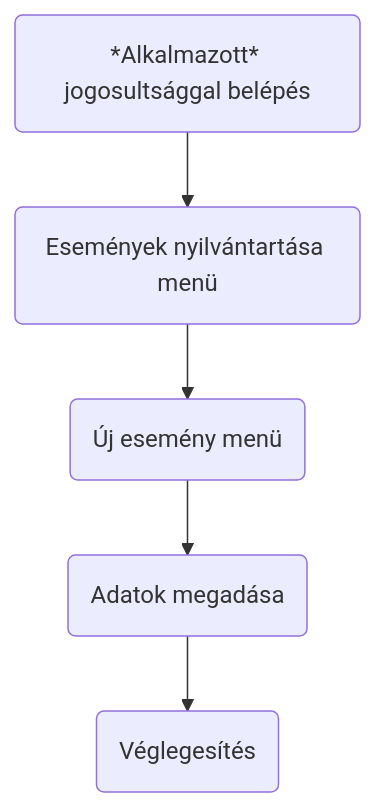
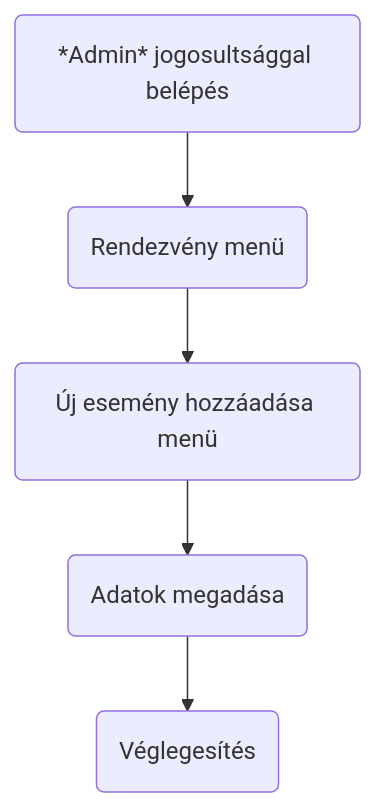
Before and after one commit to AfpCsoportFives/Afp2Projekt: the first of 4 diagrams in docs/KövSpec.md, drawn with Mermaid. The commit also changed other lines of this file, not shown here.

````diff
--- a/docs/KövSpec.md
+++ b/docs/KövSpec.md
@@ -77,12 +99,12 @@
 ```mermaid
 flowchart TD;
-A("*Alkalmazott* jogosultsággal belépés");
-B("Események nyilvántartása menü");
-C("Új esemény menü");
+A("*Admin* jogosultsággal belépés");
+B("Rendezvény menü");
+C("Új esemény hozzáadása menü");
 D("Adatok megadása");
 E("Véglegesítés");
 A-->B;
 B-->C;
 C-->D;
 D-->E;
 ```
````
